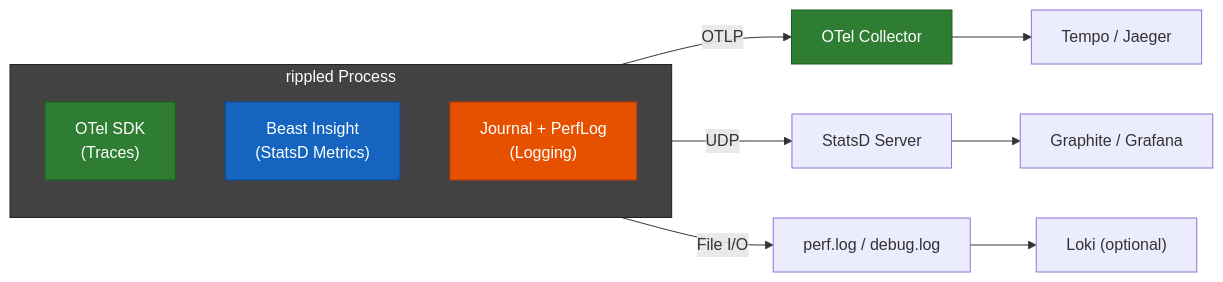
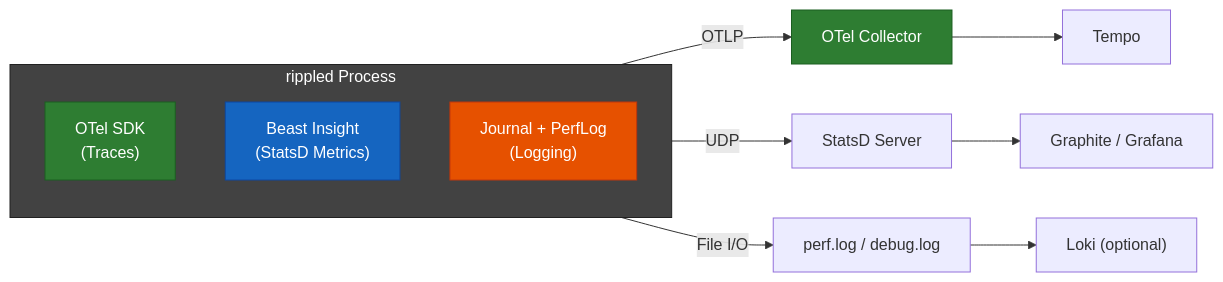
Before and after one commit to XRPLF/rippled: the second of 14 diagrams in OpenTelemetryPlan/presentation.md, drawn with Mermaid.

Commit message:
docs(telemetry): replace Jaeger with Tempo in architecture diagram

````diff
--- a/OpenTelemetryPlan/presentation.md
+++ b/OpenTelemetryPlan/presentation.md
@@ -66,23 +66,23 @@
 ```mermaid
 flowchart LR
     subgraph rippled["rippled Process"]
         direction TB
         OTel["OTel SDK<br/>(Traces)"]
         Insight["Beast Insight<br/>(StatsD Metrics)"]
         Journal["Journal + PerfLog<br/>(Logging)"]
     end
 
     OTel -->|"OTLP"| Collector["OTel Collector"]
     Insight -->|"UDP"| StatsD["StatsD Server"]
     Journal -->|"File I/O"| LogFile["perf.log / debug.log"]
 
-    Collector --> Tempo["Tempo / Jaeger"]
+    Collector --> Tempo["Tempo"]
     StatsD --> Graphite["Graphite / Grafana"]
     LogFile --> Loki["Loki (optional)"]
 
     style rippled fill:#424242,stroke:#212121,color:#fff
     style OTel fill:#2e7d32,stroke:#1b5e20,color:#fff
     style Insight fill:#1565c0,stroke:#0d47a1,color:#fff
     style Journal fill:#e65100,stroke:#bf360c,color:#fff
     style Collector fill:#2e7d32,stroke:#1b5e20,color:#fff
 ```
````
